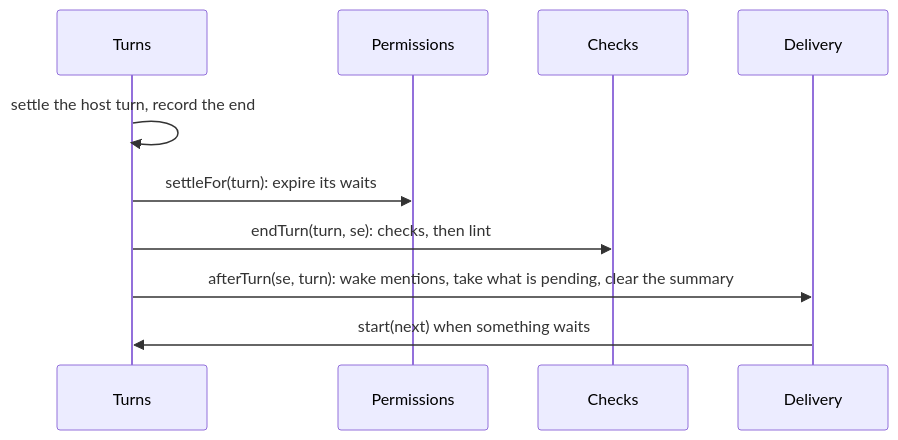
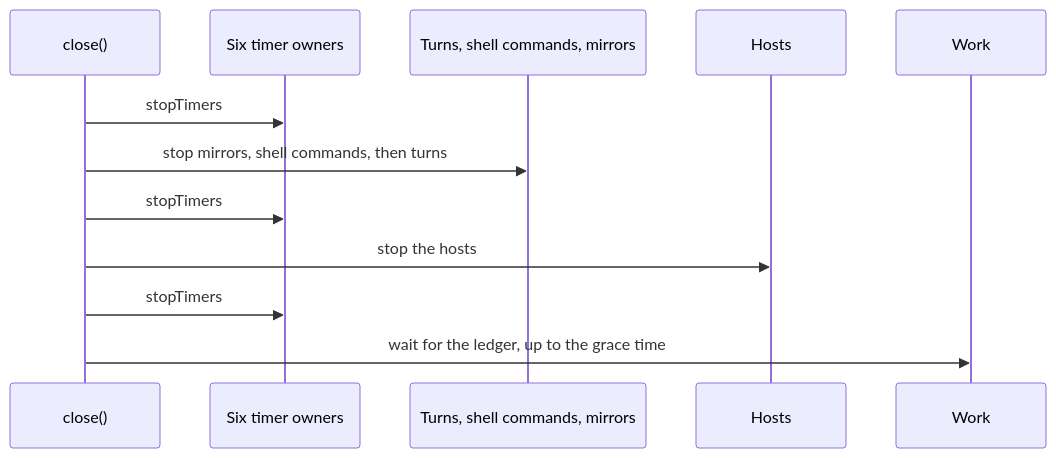
One commit to HJeon139/postbox changed the fourth of 4 diagrams in designs/architecture/services.md. Above: the diagram before and after it, drawn with Mermaid. The commit also changed other lines of this file, not shown here.

First line of the commit message:
docs(architecture): count imports too, and leave delivery and asks for rooms at scale

````diff
--- a/designs/architecture/services.md
+++ b/designs/architecture/services.md
@@ -262,12 +315,14 @@
 ```mermaid
 sequenceDiagram
-  participant T as Turns
-  participant P as Permissions
-  participant C as Checks
-  participant D as Delivery
-  T->>T: settle the host turn, record the end
-  T->>P: settleFor(turn): expire its waits
-  T->>C: endTurn(turn, se): checks, then lint
-  T->>D: afterTurn(se, turn): wake mentions, take what is pending, clear the summary
-  D->>T: start(next) when something waits
+  participant F as close()
+  participant O as Six timer owners
+  participant T as Turns, shell commands, mirrors
+  participant H as Hosts
+  participant W as Work
+  F->>O: stopTimers
+  F->>T: stop mirrors, shell commands, then turns
+  F->>O: stopTimers
+  F->>H: stop the hosts
+  F->>O: stopTimers
+  F->>W: wait for the ledger, up to the grace time
 ```
````
